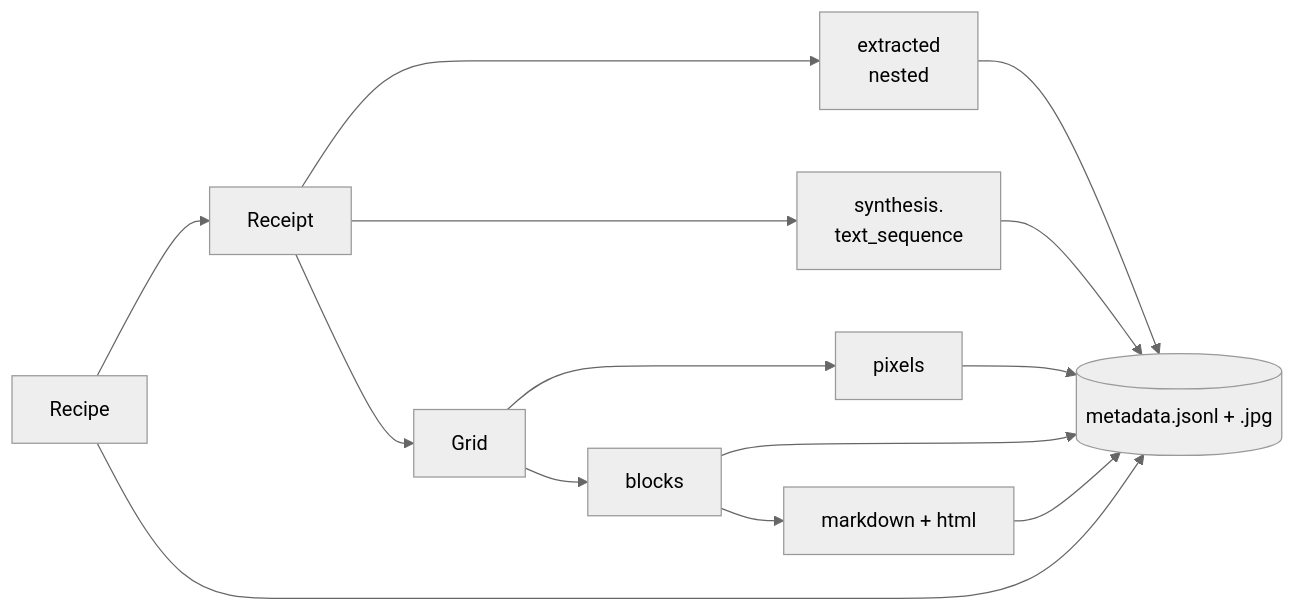
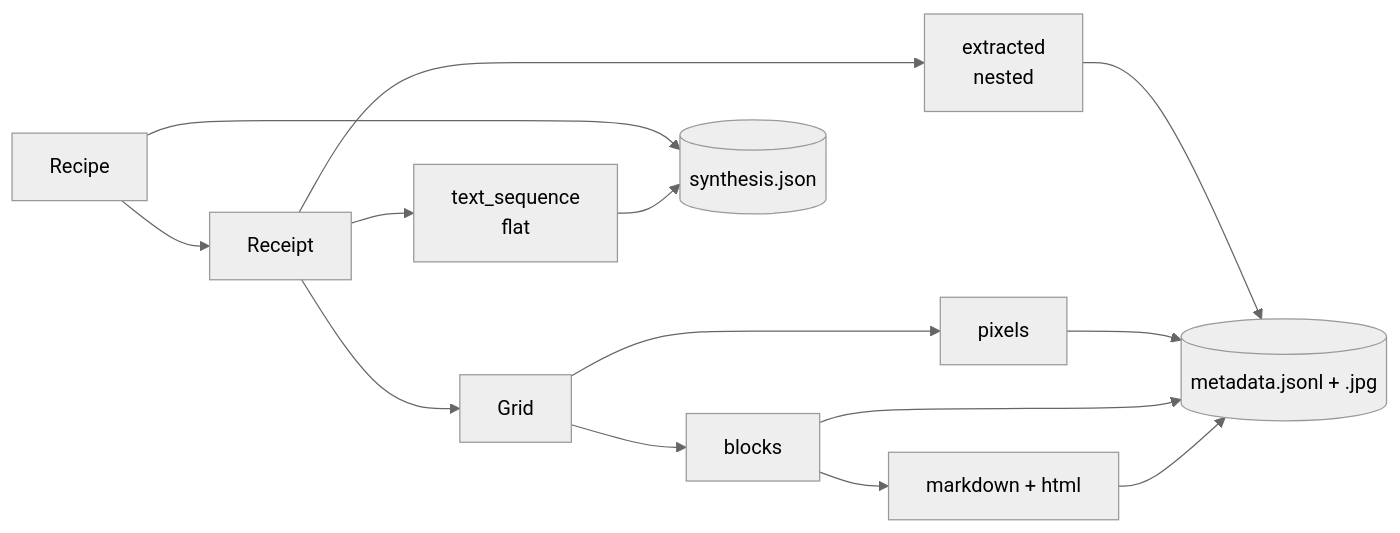
One commit to LinhPhuong14/vlm-ocr-synthetic changed the ninth of 9 diagrams in README.md. Above: the diagram before and after it, drawn with Mermaid (neutral theme). The commit also changed other lines of this file and 60 other files, not shown here.

````diff
--- a/README.md
+++ b/README.md
@@ -490,11 +531,12 @@
 ```mermaid
 flowchart LR
     R["Recipe"] --> RC["Receipt"]
     RC --> GT["extracted<br/>nested"]
-    RC --> TS["synthesis.<br/>text_sequence"]
+    RC --> TS["text_sequence<br/>flat"]
     RC --> G["Grid"]
     G --> PX["pixels"]
     G --> BX["blocks"]
     BX --> MD["markdown + html"]
-    GT & TS & PX & BX & MD & R --> J[("metadata.jsonl + .jpg")]
+    GT & PX & BX & MD --> J[("metadata.jsonl + .jpg")]
+    R & TS --> S[("synthesis.json")]
 ```
````
